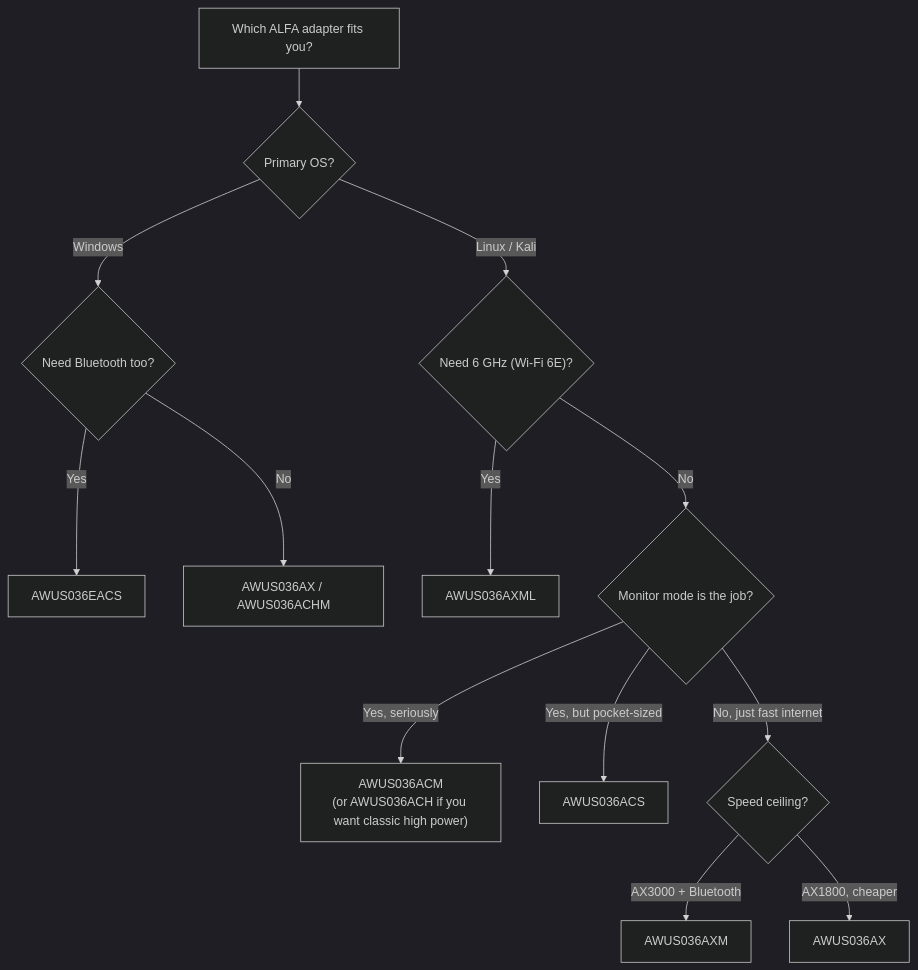
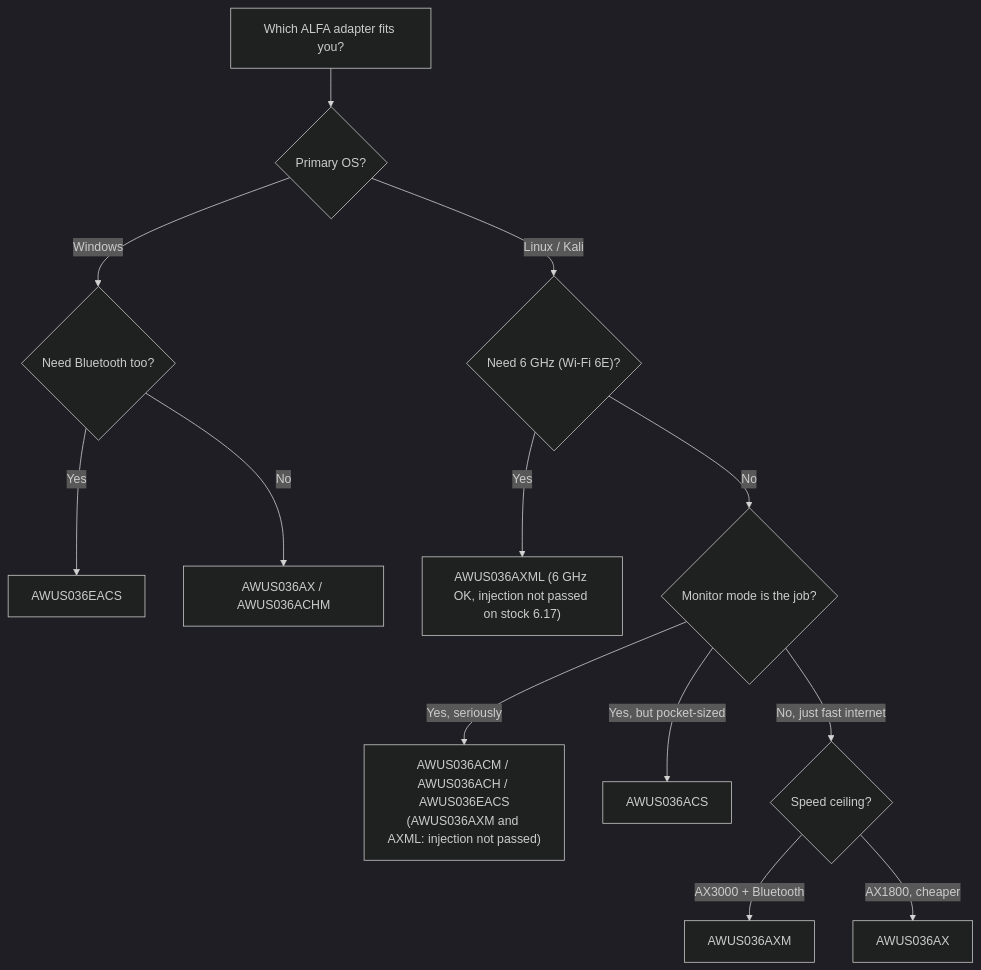
One commit to yopitek/yupitek-wiki changed the diagram in i18n/zh-TW/docusaurus-plugin-content-docs/current/01-alfa-network/wifi-adapter-comparison.md. Above: the diagram before and after it, drawn with Mermaid (dark theme). The commit also changed other lines of this file and 108 other files, not shown here.

````diff
--- a/i18n/zh-TW/docusaurus-plugin-content-docs/current/01-alfa-network/wifi-adapter-comparison.md
+++ b/i18n/zh-TW/docusaurus-plugin-content-docs/current/01-alfa-network/wifi-adapter-comparison.md
@@ -53,15 +55,15 @@
 ```mermaid
 flowchart TD
     A["Which ALFA adapter fits you?"] --> B{"Primary OS?"}
     B -->|"Windows"| C{"Need Bluetooth too?"}
     C -->|"Yes"| D["AWUS036EACS"]
     C -->|"No"| E["AWUS036AX / AWUS036ACHM"]
     B -->|"Linux / Kali"| F{"Need 6 GHz (Wi-Fi 6E)?"}
-    F -->|"Yes"| G["AWUS036AXML"]
+    F -->|"Yes"| G["AWUS036AXML (6 GHz OK, injection not passed on stock 6.17)"]
     F -->|"No"| H{"Monitor mode is the job?"}
-    H -->|"Yes, seriously"| I["AWUS036ACM<br/>(or AWUS036ACH if you want classic high power)"]
+    H -->|"Yes, seriously"| I["AWUS036ACM / AWUS036ACH / AWUS036EACS<br/>(AWUS036AXM and AXML: injection not passed)"]
     H -->|"Yes, but pocket-sized"| J["AWUS036ACS"]
     H -->|"No, just fast internet"| K{"Speed ceiling?"}
     K -->|"AX3000 + Bluetooth"| L["AWUS036AXM"]
     K -->|"AX1800, cheaper"| M["AWUS036AX"]
 ```
````
